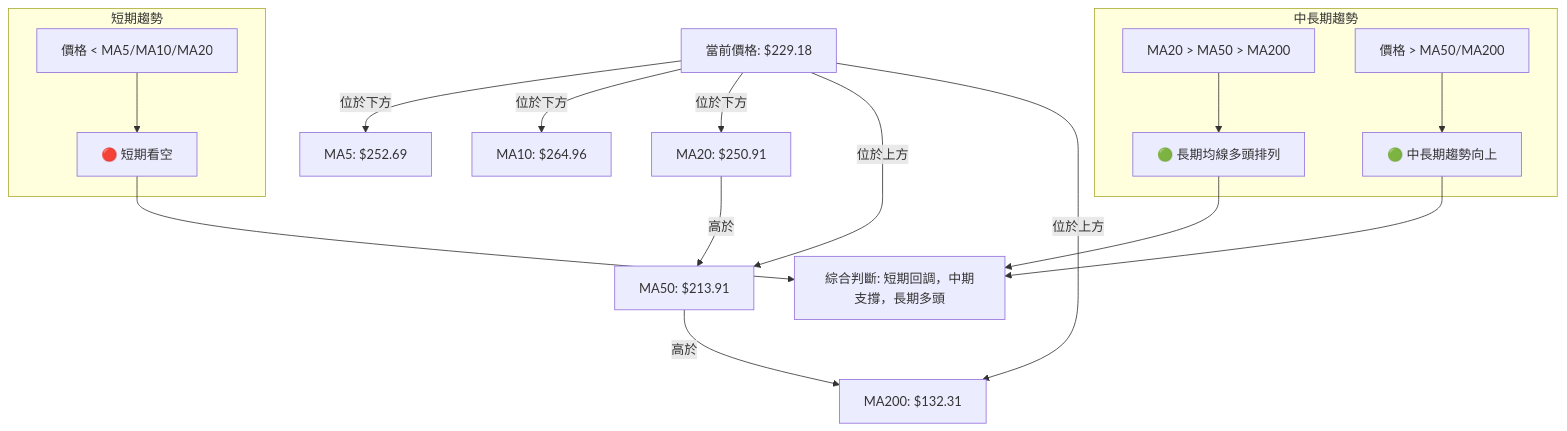
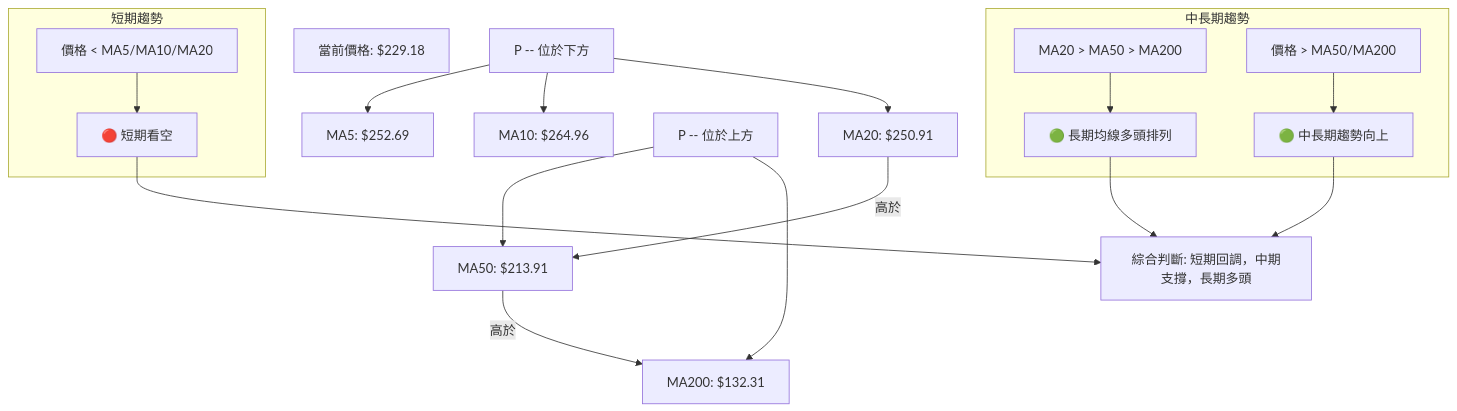
One commit to yennanliu/finance_data changed the seventh of 12 diagrams in ai_gen_report/stock/nbis/technical_analysis_2026-07-02_gemini.md. Above: the diagram before and after it, drawn with Mermaid. The commit also changed other lines of this file and 2258 other files, not shown here.

First line of the commit message:
chore: backfill Mermaid syntax repair across existing reports

````diff
--- a/ai_gen_report/stock/nbis/technical_analysis_2026-07-02_gemini.md
+++ b/ai_gen_report/stock/nbis/technical_analysis_2026-07-02_gemini.md
@@ -410,31 +410,31 @@
 ```mermaid
 graph TD
-    P[當前價格: $229.18]
-    MA5[MA5: $252.69]
-    MA10[MA10: $264.96]
-    MA20[MA20: $250.91]
-    MA50[MA50: $213.91]
-    MA200[MA200: $132.31]
+    P["當前價格: $229.18"]
+    MA5["MA5: $252.69"]
+    MA10["MA10: $264.96"]
+    MA20["MA20: $250.91"]
+    MA50["MA50: $213.91"]
+    MA200["MA200: $132.31"]
 
-    P -- 位於下方 --> MA5
-    P -- 位於下方 --> MA10
-    P -- 位於下方 --> MA20
-    P -- 位於上方 --> MA50
-    P -- 位於上方 --> MA200
+    nb1["P -- 位於下方"] --> MA5
+    nb1["P -- 位於下方"] --> MA10
+    nb1["P -- 位於下方"] --> MA20
+    nb2["P -- 位於上方"] --> MA50
+    nb2["P -- 位於上方"] --> MA200
 
-    MA20 -->|高於| MA50
-    MA50 -->|高於| MA200
+    MA20 -->|"高於"| MA50
+    MA50 -->|"高於"| MA200
 
     subgraph 短期趨勢
-        P_short[價格 < MA5/MA10/MA20] --> Bearish_short[🔴 短期看空]
+        P_short["價格 < MA5/MA10/MA20"] --> Bearish_short["🔴 短期看空"]
     end
 
     subgraph 中長期趨勢
-        MA_order[MA20 > MA50 > MA200] --> Bullish_order[🟢 長期均線多頭排列]
-        P_long[價格 > MA50/MA200] --> Bullish_long[🟢 中長期趨勢向上]
+        MA_order["MA20 > MA50 > MA200"] --> Bullish_order["🟢 長期均線多頭排列"]
+        P_long["價格 > MA50/MA200"] --> Bullish_long["🟢 中長期趨勢向上"]
     end
 
-    Bearish_short --> Overall[綜合判斷: 短期回調，中期支撐，長期多頭]
+    Bearish_short --> Overall["綜合判斷: 短期回調，中期支撐，長期多頭"]
     Bullish_order --> Overall
     Bullish_long --> Overall
 ```
````
